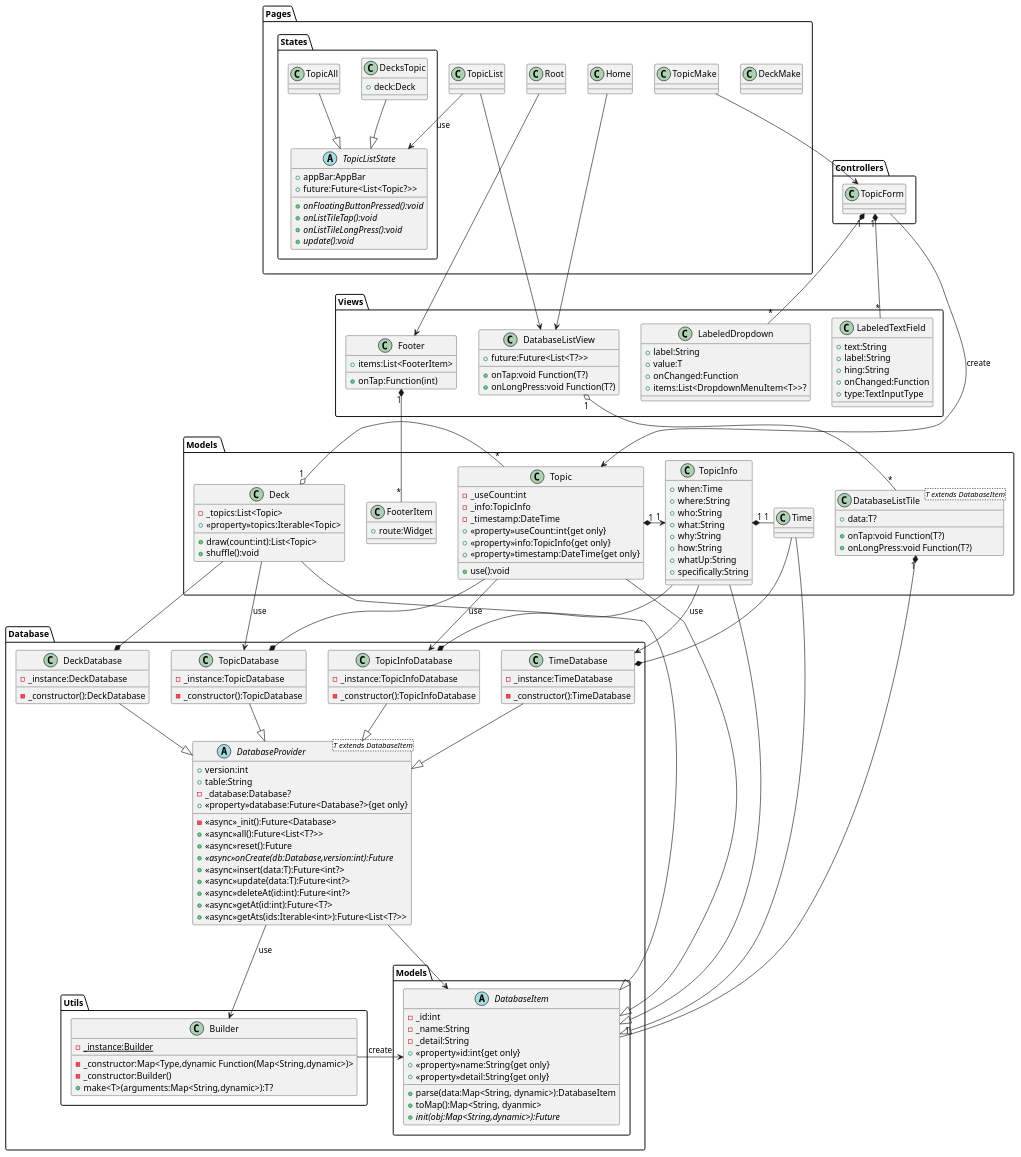
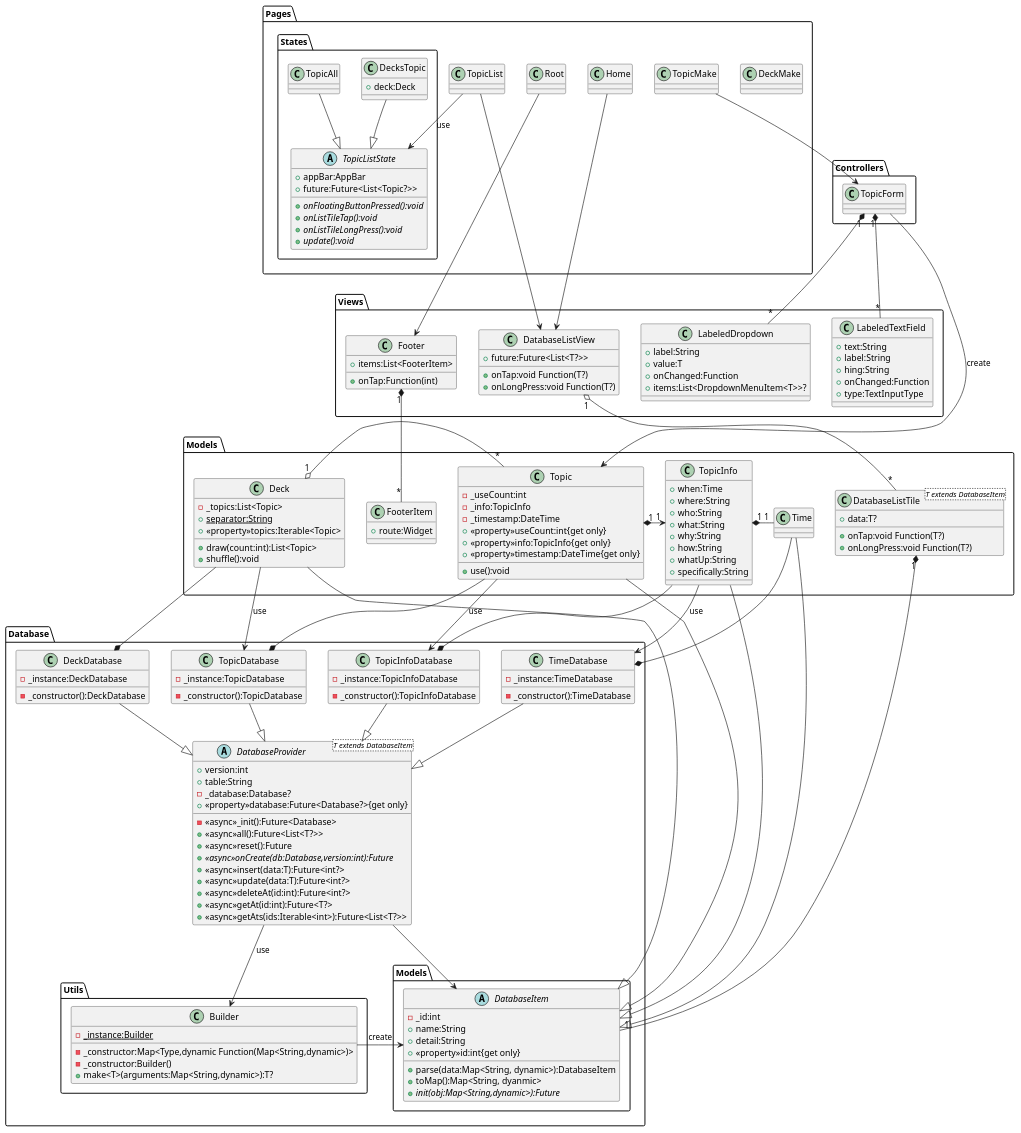
One commit to nmskm240/conversation_deck changed the diagram in classDiagram.pu. Above: the diagram before and after it, drawn with PlantUML. The commit also changed 10 other files, not shown here.

```diff
--- a/classDiagram.pu
+++ b/classDiagram.pu
@@ -11,11 +11,9 @@
         abstract DatabaseItem
         {
             -_id:int
-            -_name:String
-            -_detail:String
+            +name:String
+            +detail:String
             +<<property>>id:int{get only}
-            +<<property>>name:String{get only}
-            +<<property>>detail:String{get only}
             +parse(data:Map<String, dynamic>):DatabaseItem
             +toMap():Map<String, dyanmic>
             +{abstract}init(obj:Map<String,dynamic>):Future
@@ -80,6 +78,7 @@
     class Deck
     {
         -_topics:List<Topic>
+        +{static}separator:String
         +<<property>>topics:Iterable<Topic>
         +draw(count:int):List<Topic>
         +shuffle():void
```
